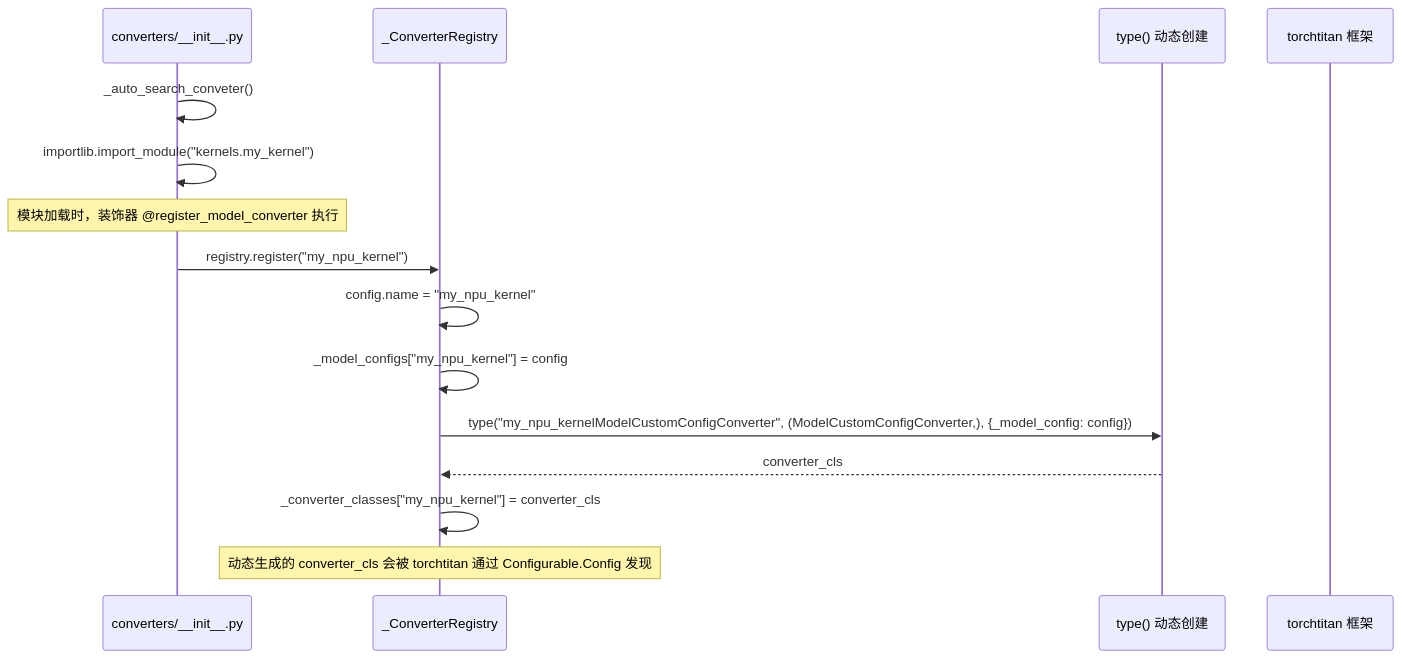
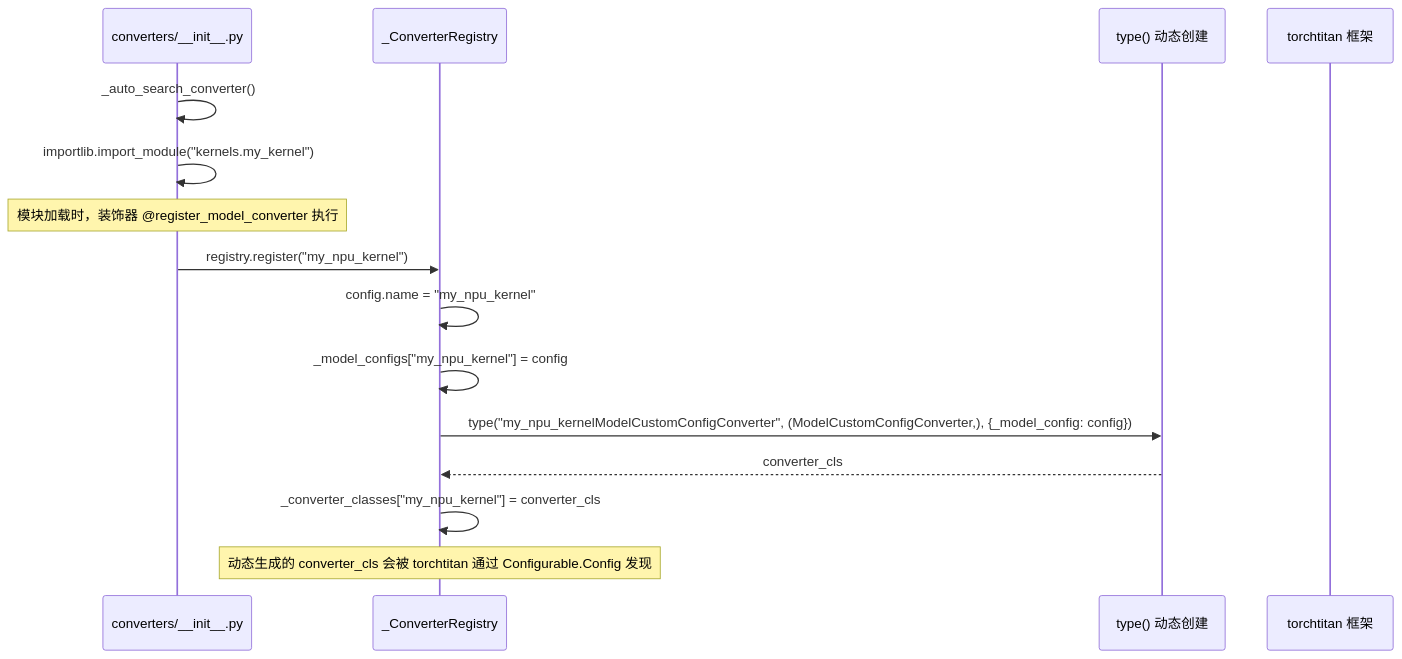
Before and after one commit to botcanlearn/torchtitan-npu-upstream: the second of 6 diagrams in docs/feature_guides/model_custom.md, drawn with Mermaid. The commit also changed other lines of this file and 3 other files, not shown here.

````diff
--- a/docs/feature_guides/model_custom.md
+++ b/docs/feature_guides/model_custom.md
@@ -339,22 +339,22 @@
 ```mermaid
 sequenceDiagram
     participant converters as converters/__init__.py
     participant reg as _ConverterRegistry
     participant dyn as type() 动态创建
     participant tt as torchtitan 框架
 
-    converters->>converters: _auto_search_conveter()
+    converters->>converters: _auto_search_converter()
     converters->>converters: importlib.import_module("kernels.my_kernel")
 
     Note over converters: 模块加载时，装饰器 @register_model_converter 执行
 
     converters->>reg: registry.register("my_npu_kernel")
     reg->>reg: config.name = "my_npu_kernel"
     reg->>reg: _model_configs["my_npu_kernel"] = config
 
     reg->>dyn: type("my_npu_kernelModelCustomConfigConverter", (ModelCustomConfigConverter,), {_model_config: config})
     dyn-->>reg: converter_cls
 
     reg->>reg: _converter_classes["my_npu_kernel"] = converter_cls
     Note over reg: 动态生成的 converter_cls 会被 torchtitan 通过 Configurable.Config 发现
 ```
````
